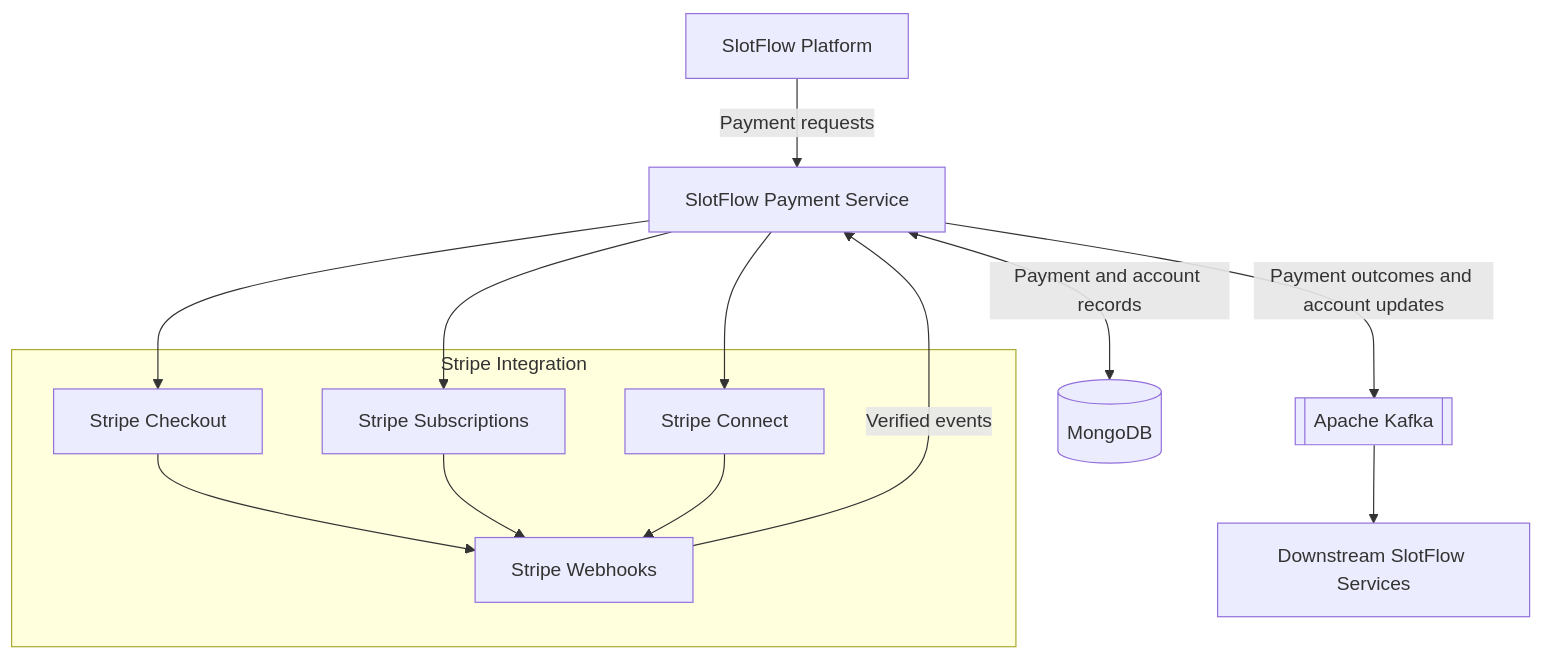
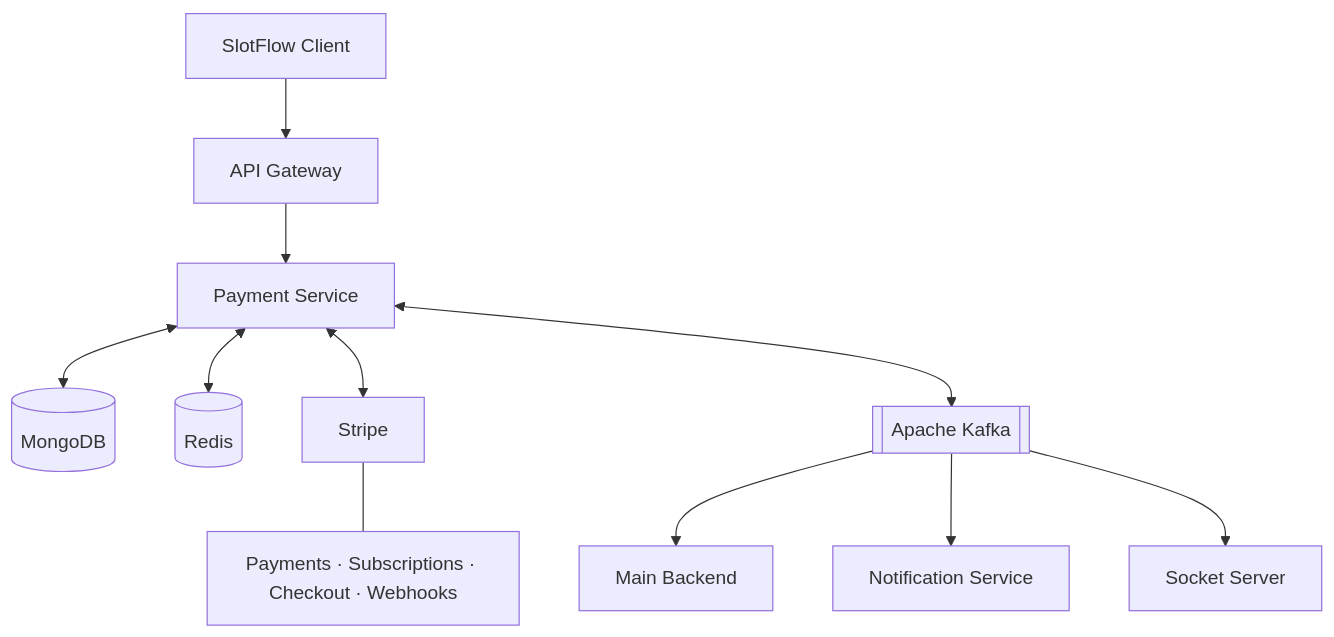
The diagram in README.md (slotflow/slotflow-payment), drawn with Mermaid before and after one commit. The commit also changed other lines of this file, not shown here.

Commit message:
doc refactor: readme content, mermaid updated, points updated

````diff
--- a/README.md
+++ b/README.md
@@ -163,32 +163,16 @@
 ```mermaid
 flowchart TD
-    Platform["SlotFlow Platform"]
-    Payment["SlotFlow Payment Service"]
+    Client["SlotFlow Client"] --> Gateway["API Gateway"]
+    Gateway --> Payment["Payment Service"]
 
-    subgraph StripeServices["Stripe Integration"]
-        Checkout["Stripe Checkout"]
-        Billing["Stripe Subscriptions"]
-        Connect["Stripe Connect"]
-        Webhooks["Stripe Webhooks"]
-    end
+    Payment <--> MongoDB[("MongoDB")]
+    Payment <--> Redis[("Redis")]
+    Payment <--> Stripe["Stripe"]
 
-    Database[("MongoDB")]
-    Kafka[["Apache Kafka"]]
-    Consumers["Downstream SlotFlow Services"]
+    Stripe --- Features["Payments · Subscriptions · Checkout · Webhooks"]
 
-    Platform -->|"Payment requests"| Payment
-
-    Payment --> Checkout
-    Payment --> Billing
-    Payment --> Connect
-
-    Checkout --> Webhooks
-    Billing --> Webhooks
-    Connect --> Webhooks
-
-    Webhooks -->|"Verified events"| Payment
-
-    Payment <-->|"Payment and account records"| Database
-    Payment -->|"Payment outcomes and account updates"| Kafka
-    Kafka --> Consumers
+    Payment <--> Kafka[["Apache Kafka"]]
+    Kafka --> Backend["Main Backend"]
+    Kafka --> Notification["Notification Service"]
+    Kafka --> Socket["Socket Server"]
 ```
````
